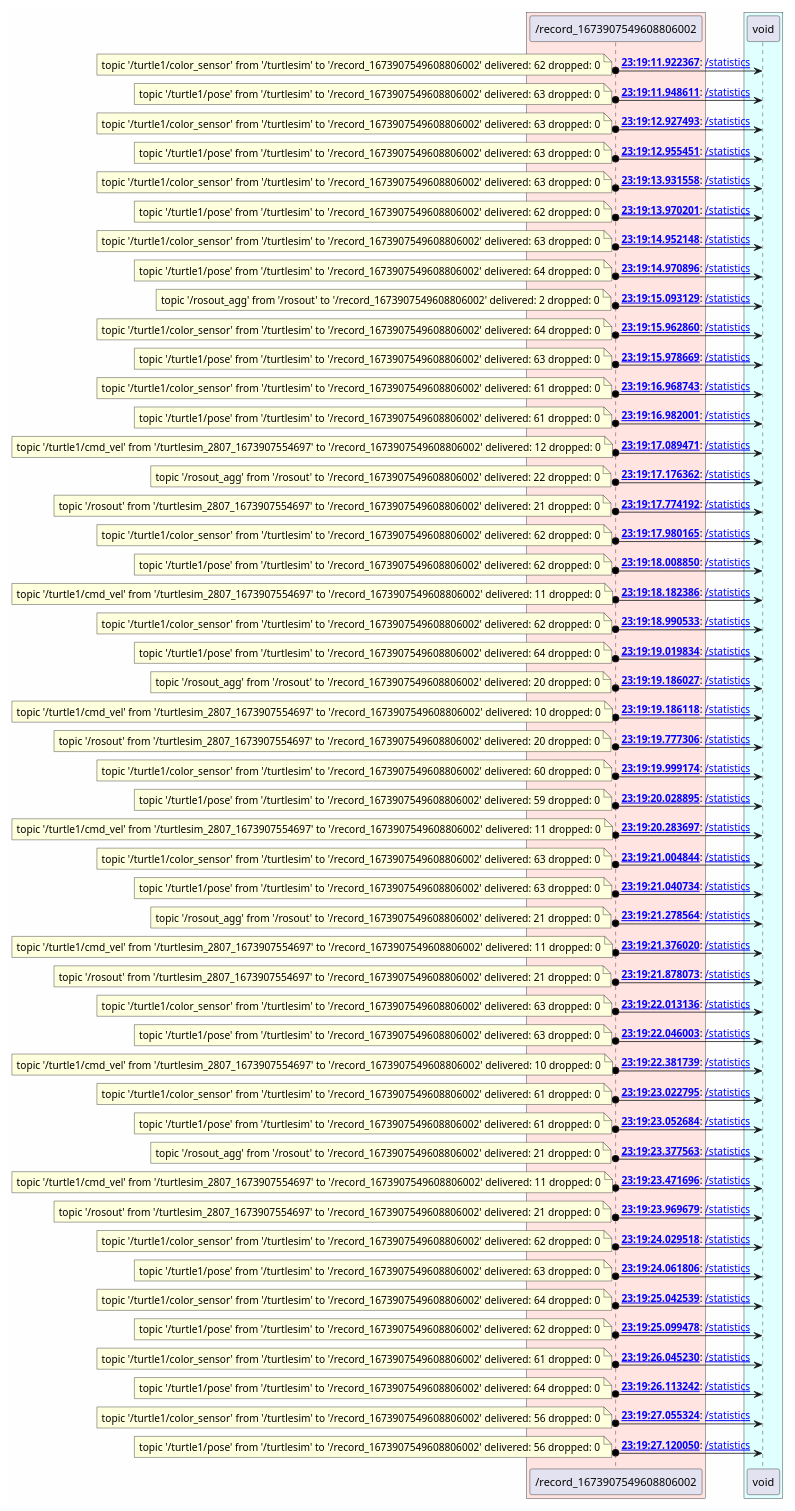
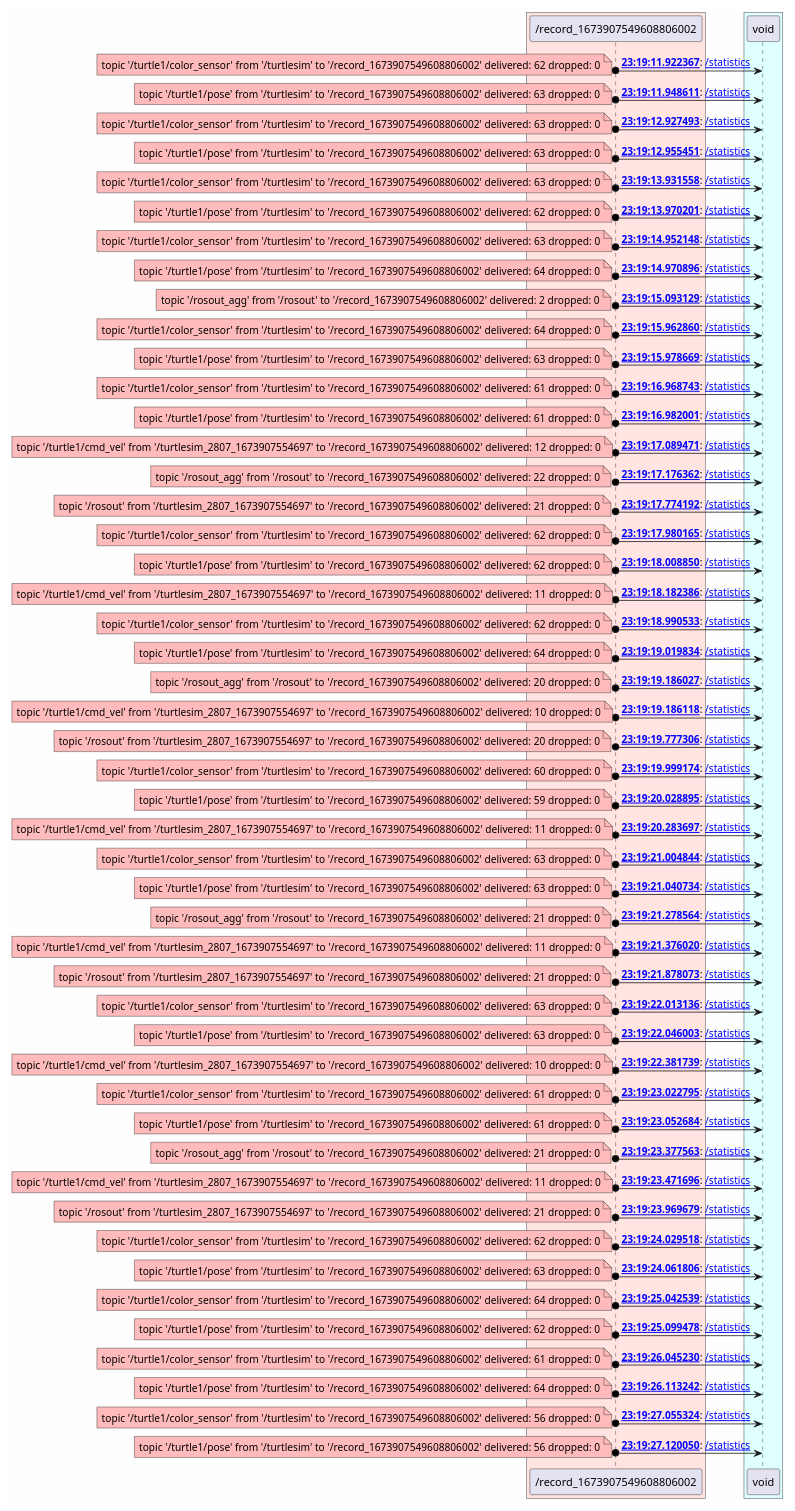
The diagram in examples/turtlesim/rosbag/out/topics/_statistics.puml (anetczuk/ros-diagram-tools), drawn with PlantUML before and after one commit. The commit also changed 345 other files, not shown here.

```diff
--- a/examples/turtlesim/rosbag/out/topics/_statistics.puml
+++ b/examples/turtlesim/rosbag/out/topics/_statistics.puml
@@ -10,195 +10,195 @@
 end box
 
 _record_1673907549608806002 o-> void : **[[../msgs/0000254_msg.html {message data} 23:19:11.922367]]**: [[../topics/_statistics.html {topic data} /statistics]]
-note left
+note left #FFBBBB
 topic '/turtle1/color_sensor' from '/turtlesim' to '/record_1673907549608806002' delivered: 62 dropped: 0
 end note
 _record_1673907549608806002 o-> void : **[[../msgs/0000259_msg.html {message data} 23:19:11.948611]]**: [[../topics/_statistics.html {topic data} /statistics]]
-note left
+note left #FFBBBB
 topic '/turtle1/pose' from '/turtlesim' to '/record_1673907549608806002' delivered: 63 dropped: 0
 end note
 _record_1673907549608806002 o-> void : **[[../msgs/0000382_msg.html {message data} 23:19:12.927493]]**: [[../topics/_statistics.html {topic data} /statistics]]
-note left
+note left #FFBBBB
 topic '/turtle1/color_sensor' from '/turtlesim' to '/record_1673907549608806002' delivered: 63 dropped: 0
 end note
 _record_1673907549608806002 o-> void : **[[../msgs/0000387_msg.html {message data} 23:19:12.955451]]**: [[../topics/_statistics.html {topic data} /statistics]]
-note left
+note left #FFBBBB
 topic '/turtle1/pose' from '/turtlesim' to '/record_1673907549608806002' delivered: 63 dropped: 0
 end note
 _record_1673907549608806002 o-> void : **[[../msgs/0000510_msg.html {message data} 23:19:13.931558]]**: [[../topics/_statistics.html {topic data} /statistics]]
-note left
+note left #FFBBBB
 topic '/turtle1/color_sensor' from '/turtlesim' to '/record_1673907549608806002' delivered: 63 dropped: 0
 end note
 _record_1673907549608806002 o-> void : **[[../msgs/0000515_msg.html {message data} 23:19:13.970201]]**: [[../topics/_statistics.html {topic data} /statistics]]
-note left
+note left #FFBBBB
 topic '/turtle1/pose' from '/turtlesim' to '/record_1673907549608806002' delivered: 62 dropped: 0
 end note
 _record_1673907549608806002 o-> void : **[[../msgs/0000638_msg.html {message data} 23:19:14.952148]]**: [[../topics/_statistics.html {topic data} /statistics]]
-note left
+note left #FFBBBB
 topic '/turtle1/color_sensor' from '/turtlesim' to '/record_1673907549608806002' delivered: 63 dropped: 0
 end note
 _record_1673907549608806002 o-> void : **[[../msgs/0000643_msg.html {message data} 23:19:14.970896]]**: [[../topics/_statistics.html {topic data} /statistics]]
-note left
+note left #FFBBBB
 topic '/turtle1/pose' from '/turtlesim' to '/record_1673907549608806002' delivered: 64 dropped: 0
 end note
 _record_1673907549608806002 o-> void : **[[../msgs/0000660_msg.html {message data} 23:19:15.093129]]**: [[../topics/_statistics.html {topic data} /statistics]]
-note left
+note left #FFBBBB
 topic '/rosout_agg' from '/rosout' to '/record_1673907549608806002' delivered: 2 dropped: 0
 end note
 _record_1673907549608806002 o-> void : **[[../msgs/0000789_msg.html {message data} 23:19:15.962860]]**: [[../topics/_statistics.html {topic data} /statistics]]
-note left
+note left #FFBBBB
 topic '/turtle1/color_sensor' from '/turtlesim' to '/record_1673907549608806002' delivered: 64 dropped: 0
 end note
 _record_1673907549608806002 o-> void : **[[../msgs/0000795_msg.html {message data} 23:19:15.978669]]**: [[../topics/_statistics.html {topic data} /statistics]]
-note left
+note left #FFBBBB
 topic '/turtle1/pose' from '/turtlesim' to '/record_1673907549608806002' delivered: 63 dropped: 0
 end note
 _record_1673907549608806002 o-> void : **[[../msgs/0000943_msg.html {message data} 23:19:16.968743]]**: [[../topics/_statistics.html {topic data} /statistics]]
-note left
+note left #FFBBBB
 topic '/turtle1/color_sensor' from '/turtlesim' to '/record_1673907549608806002' delivered: 61 dropped: 0
 end note
 _record_1673907549608806002 o-> void : **[[../msgs/0000949_msg.html {message data} 23:19:16.982001]]**: [[../topics/_statistics.html {topic data} /statistics]]
-note left
+note left #FFBBBB
 topic '/turtle1/pose' from '/turtlesim' to '/record_1673907549608806002' delivered: 61 dropped: 0
 end note
 _record_1673907549608806002 o-> void : **[[../msgs/0000964_msg.html {message data} 23:19:17.089471]]**: [[../topics/_statistics.html {topic data} /statistics]]
-note left
+note left #FFBBBB
 topic '/turtle1/cmd_vel' from '/turtlesim_2807_1673907554697' to '/record_1673907549608806002' delivered: 12 dropped: 0
 end note
 _record_1673907549608806002 o-> void : **[[../msgs/0000981_msg.html {message data} 23:19:17.176362]]**: [[../topics/_statistics.html {topic data} /statistics]]
-note left
+note left #FFBBBB
 topic '/rosout_agg' from '/rosout' to '/record_1673907549608806002' delivered: 22 dropped: 0
 end note
 _record_1673907549608806002 o-> void : **[[../msgs/0001070_msg.html {message data} 23:19:17.774192]]**: [[../topics/_statistics.html {topic data} /statistics]]
-note left
+note left #FFBBBB
 topic '/rosout' from '/turtlesim_2807_1673907554697' to '/record_1673907549608806002' delivered: 21 dropped: 0
 end note
 _record_1673907549608806002 o-> void : **[[../msgs/0001105_msg.html {message data} 23:19:17.980165]]**: [[../topics/_statistics.html {topic data} /statistics]]
-note left
+note left #FFBBBB
 topic '/turtle1/color_sensor' from '/turtlesim' to '/record_1673907549608806002' delivered: 62 dropped: 0
 end note
 _record_1673907549608806002 o-> void : **[[../msgs/0001108_msg.html {message data} 23:19:18.008850]]**: [[../topics/_statistics.html {topic data} /statistics]]
-note left
+note left #FFBBBB
 topic '/turtle1/pose' from '/turtlesim' to '/record_1673907549608806002' delivered: 62 dropped: 0
 end note
 _record_1673907549608806002 o-> void : **[[../msgs/0001137_msg.html {message data} 23:19:18.182386]]**: [[../topics/_statistics.html {topic data} /statistics]]
-note left
+note left #FFBBBB
 topic '/turtle1/cmd_vel' from '/turtlesim_2807_1673907554697' to '/record_1673907549608806002' delivered: 11 dropped: 0
 end note
 _record_1673907549608806002 o-> void : **[[../msgs/0001263_msg.html {message data} 23:19:18.990533]]**: [[../topics/_statistics.html {topic data} /statistics]]
-note left
+note left #FFBBBB
 topic '/turtle1/color_sensor' from '/turtlesim' to '/record_1673907549608806002' delivered: 62 dropped: 0
 end note
 _record_1673907549608806002 o-> void : **[[../msgs/0001269_msg.html {message data} 23:19:19.019834]]**: [[../topics/_statistics.html {topic data} /statistics]]
-note left
+note left #FFBBBB
 topic '/turtle1/pose' from '/turtlesim' to '/record_1673907549608806002' delivered: 64 dropped: 0
 end note
 _record_1673907549608806002 o-> void : **[[../msgs/0001292_msg.html {message data} 23:19:19.186027]]**: [[../topics/_statistics.html {topic data} /statistics]]
-note left
+note left #FFBBBB
 topic '/rosout_agg' from '/rosout' to '/record_1673907549608806002' delivered: 20 dropped: 0
 end note
 _record_1673907549608806002 o-> void : **[[../msgs/0001293_msg.html {message data} 23:19:19.186118]]**: [[../topics/_statistics.html {topic data} /statistics]]
-note left
+note left #FFBBBB
 topic '/turtle1/cmd_vel' from '/turtlesim_2807_1673907554697' to '/record_1673907549608806002' delivered: 10 dropped: 0
 end note
 _record_1673907549608806002 o-> void : **[[../msgs/0001380_msg.html {message data} 23:19:19.777306]]**: [[../topics/_statistics.html {topic data} /statistics]]
-note left
+note left #FFBBBB
 topic '/rosout' from '/turtlesim_2807_1673907554697' to '/record_1673907549608806002' delivered: 20 dropped: 0
 end note
 _record_1673907549608806002 o-> void : **[[../msgs/0001417_msg.html {message data} 23:19:19.999174]]**: [[../topics/_statistics.html {topic data} /statistics]]
-note left
+note left #FFBBBB
 topic '/turtle1/color_sensor' from '/turtlesim' to '/record_1673907549608806002' delivered: 60 dropped: 0
 end note
 _record_1673907549608806002 o-> void : **[[../msgs/0001422_msg.html {message data} 23:19:20.028895]]**: [[../topics/_statistics.html {topic data} /statistics]]
-note left
+note left #FFBBBB
 topic '/turtle1/pose' from '/turtlesim' to '/record_1673907549608806002' delivered: 59 dropped: 0
 end note
 _record_1673907549608806002 o-> void : **[[../msgs/0001460_msg.html {message data} 23:19:20.283697]]**: [[../topics/_statistics.html {topic data} /statistics]]
-note left
+note left #FFBBBB
 topic '/turtle1/cmd_vel' from '/turtlesim_2807_1673907554697' to '/record_1673907549608806002' delivered: 11 dropped: 0
 end note
 _record_1673907549608806002 o-> void : **[[../msgs/0001576_msg.html {message data} 23:19:21.004844]]**: [[../topics/_statistics.html {topic data} /statistics]]
-note left
+note left #FFBBBB
 topic '/turtle1/color_sensor' from '/turtlesim' to '/record_1673907549608806002' delivered: 63 dropped: 0
 end note
 _record_1673907549608806002 o-> void : **[[../msgs/0001581_msg.html {message data} 23:19:21.040734]]**: [[../topics/_statistics.html {topic data} /statistics]]
-note left
+note left #FFBBBB
 topic '/turtle1/pose' from '/turtlesim' to '/record_1673907549608806002' delivered: 63 dropped: 0
 end note
 _record_1673907549608806002 o-> void : **[[../msgs/0001621_msg.html {message data} 23:19:21.278564]]**: [[../topics/_statistics.html {topic data} /statistics]]
-note left
+note left #FFBBBB
 topic '/rosout_agg' from '/rosout' to '/record_1673907549608806002' delivered: 21 dropped: 0
 end note
 _record_1673907549608806002 o-> void : **[[../msgs/0001637_msg.html {message data} 23:19:21.376020]]**: [[../topics/_statistics.html {topic data} /statistics]]
-note left
+note left #FFBBBB
 topic '/turtle1/cmd_vel' from '/turtlesim_2807_1673907554697' to '/record_1673907549608806002' delivered: 11 dropped: 0
 end note
 _record_1673907549608806002 o-> void : **[[../msgs/0001715_msg.html {message data} 23:19:21.878073]]**: [[../topics/_statistics.html {topic data} /statistics]]
-note left
+note left #FFBBBB
 topic '/rosout' from '/turtlesim_2807_1673907554697' to '/record_1673907549608806002' delivered: 21 dropped: 0
 end note
 _record_1673907549608806002 o-> void : **[[../msgs/0001737_msg.html {message data} 23:19:22.013136]]**: [[../topics/_statistics.html {topic data} /statistics]]
-note left
+note left #FFBBBB
 topic '/turtle1/color_sensor' from '/turtlesim' to '/record_1673907549608806002' delivered: 63 dropped: 0
 end note
 _record_1673907549608806002 o-> void : **[[../msgs/0001742_msg.html {message data} 23:19:22.046003]]**: [[../topics/_statistics.html {topic data} /statistics]]
-note left
+note left #FFBBBB
 topic '/turtle1/pose' from '/turtlesim' to '/record_1673907549608806002' delivered: 63 dropped: 0
 end note
 _record_1673907549608806002 o-> void : **[[../msgs/0001793_msg.html {message data} 23:19:22.381739]]**: [[../topics/_statistics.html {topic data} /statistics]]
-note left
+note left #FFBBBB
 topic '/turtle1/cmd_vel' from '/turtlesim_2807_1673907554697' to '/record_1673907549608806002' delivered: 10 dropped: 0
 end note
 _record_1673907549608806002 o-> void : **[[../msgs/0001892_msg.html {message data} 23:19:23.022795]]**: [[../topics/_statistics.html {topic data} /statistics]]
-note left
+note left #FFBBBB
 topic '/turtle1/color_sensor' from '/turtlesim' to '/record_1673907549608806002' delivered: 61 dropped: 0
 end note
 _record_1673907549608806002 o-> void : **[[../msgs/0001897_msg.html {message data} 23:19:23.052684]]**: [[../topics/_statistics.html {topic data} /statistics]]
-note left
+note left #FFBBBB
 topic '/turtle1/pose' from '/turtlesim' to '/record_1673907549608806002' delivered: 61 dropped: 0
 end note
 _record_1673907549608806002 o-> void : **[[../msgs/0001950_msg.html {message data} 23:19:23.377563]]**: [[../topics/_statistics.html {topic data} /statistics]]
-note left
+note left #FFBBBB
 topic '/rosout_agg' from '/rosout' to '/record_1673907549608806002' delivered: 21 dropped: 0
 end note
 _record_1673907549608806002 o-> void : **[[../msgs/0001966_msg.html {message data} 23:19:23.471696]]**: [[../topics/_statistics.html {topic data} /statistics]]
-note left
+note left #FFBBBB
 topic '/turtle1/cmd_vel' from '/turtlesim_2807_1673907554697' to '/record_1673907549608806002' delivered: 11 dropped: 0
 end note
 _record_1673907549608806002 o-> void : **[[../msgs/0002043_msg.html {message data} 23:19:23.969679]]**: [[../topics/_statistics.html {topic data} /statistics]]
-note left
+note left #FFBBBB
 topic '/rosout' from '/turtlesim_2807_1673907554697' to '/record_1673907549608806002' delivered: 21 dropped: 0
 end note
 _record_1673907549608806002 o-> void : **[[../msgs/0002053_msg.html {message data} 23:19:24.029518]]**: [[../topics/_statistics.html {topic data} /statistics]]
-note left
+note left #FFBBBB
 topic '/turtle1/color_sensor' from '/turtlesim' to '/record_1673907549608806002' delivered: 62 dropped: 0
 end note
 _record_1673907549608806002 o-> void : **[[../msgs/0002058_msg.html {message data} 23:19:24.061806]]**: [[../topics/_statistics.html {topic data} /statistics]]
-note left
+note left #FFBBBB
 topic '/turtle1/pose' from '/turtlesim' to '/record_1673907549608806002' delivered: 63 dropped: 0
 end note
 _record_1673907549608806002 o-> void : **[[../msgs/0002187_msg.html {message data} 23:19:25.042539]]**: [[../topics/_statistics.html {topic data} /statistics]]
-note left
+note left #FFBBBB
 topic '/turtle1/color_sensor' from '/turtlesim' to '/record_1673907549608806002' delivered: 64 dropped: 0
 end note
 _record_1673907549608806002 o-> void : **[[../msgs/0002190_msg.html {message data} 23:19:25.099478]]**: [[../topics/_statistics.html {topic data} /statistics]]
-note left
+note left #FFBBBB
 topic '/turtle1/pose' from '/turtlesim' to '/record_1673907549608806002' delivered: 62 dropped: 0
 end note
 _record_1673907549608806002 o-> void : **[[../msgs/0002311_msg.html {message data} 23:19:26.045230]]**: [[../topics/_statistics.html {topic data} /statistics]]
-note left
+note left #FFBBBB
 topic '/turtle1/color_sensor' from '/turtlesim' to '/record_1673907549608806002' delivered: 61 dropped: 0
 end note
 _record_1673907549608806002 o-> void : **[[../msgs/0002320_msg.html {message data} 23:19:26.113242]]**: [[../topics/_statistics.html {topic data} /statistics]]
-note left
+note left #FFBBBB
 topic '/turtle1/pose' from '/turtlesim' to '/record_1673907549608806002' delivered: 64 dropped: 0
 end note
 _record_1673907549608806002 o-> void : **[[../msgs/0002425_msg.html {message data} 23:19:27.055324]]**: [[../topics/_statistics.html {topic data} /statistics]]
-note left
+note left #FFBBBB
 topic '/turtle1/color_sensor' from '/turtlesim' to '/record_1673907549608806002' delivered: 56 dropped: 0
 end note
 _record_1673907549608806002 o-> void : **[[../msgs/0002434_msg.html {message data} 23:19:27.120050]]**: [[../topics/_statistics.html {topic data} /statistics]]
-note left
+note left #FFBBBB
 topic '/turtle1/pose' from '/turtlesim' to '/record_1673907549608806002' delivered: 56 dropped: 0
 end note
 
```
